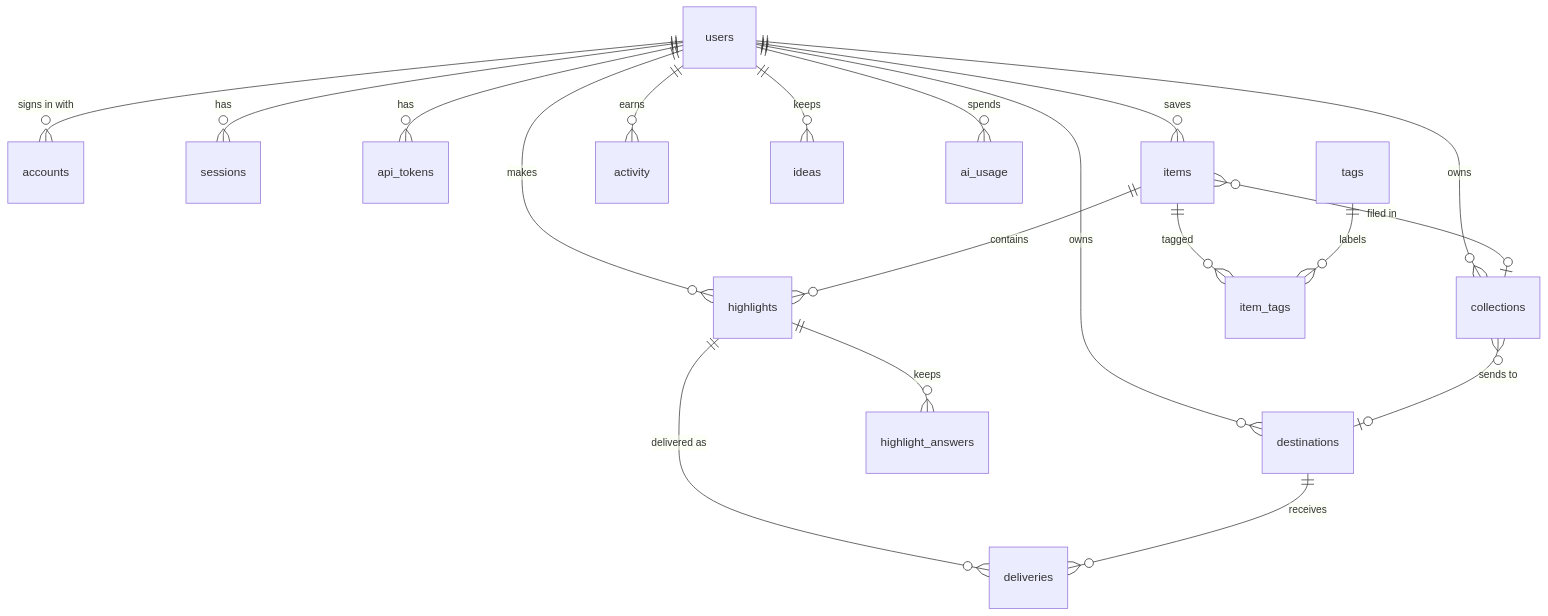
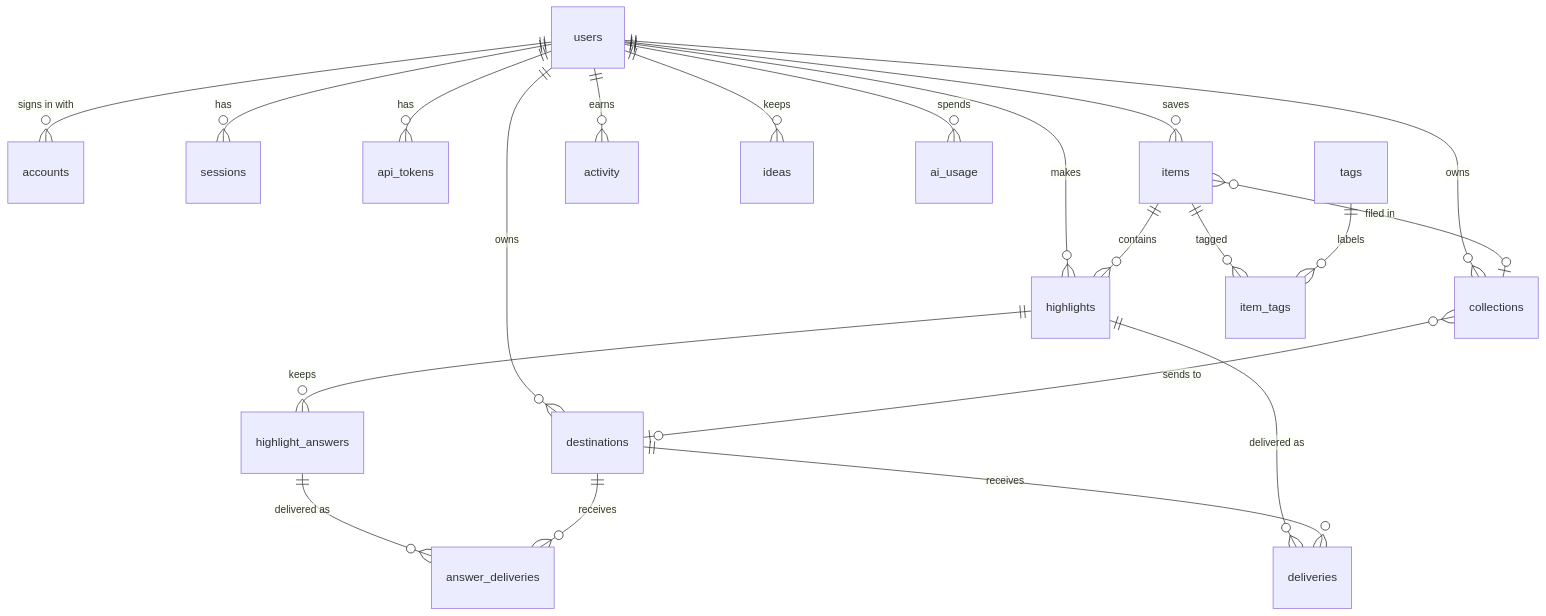
One commit to brgv-code/lumen changed the diagram in docs/DATA_MODEL.md. Above: the diagram before and after it, drawn with Mermaid. The commit also changed other lines of this file and 4 other files, not shown here.

First line of the commit message:
feat(api): answer deliveries ledger

````diff
--- a/docs/DATA_MODEL.md
+++ b/docs/DATA_MODEL.md
@@ -3,21 +3,23 @@
 ```mermaid
 erDiagram
   users ||--o{ accounts : "signs in with"
   users ||--o{ sessions : has
   users ||--o{ api_tokens : has
   users ||--o{ items : saves
   users ||--o{ collections : owns
   users ||--o{ destinations : owns
   users ||--o{ highlights : makes
   users ||--o{ activity : earns
   users ||--o{ ideas : keeps
   users ||--o{ ai_usage : spends
   collections }o--o| destinations : "sends to"
   items }o--o| collections : "filed in"
   items ||--o{ highlights : contains
   items ||--o{ item_tags : tagged
   tags ||--o{ item_tags : labels
   highlights ||--o{ deliveries : "delivered as"
   highlights ||--o{ highlight_answers : keeps
+  highlight_answers ||--o{ answer_deliveries : "delivered as"
+  destinations ||--o{ answer_deliveries : receives
   destinations ||--o{ deliveries : receives
 ```
````
